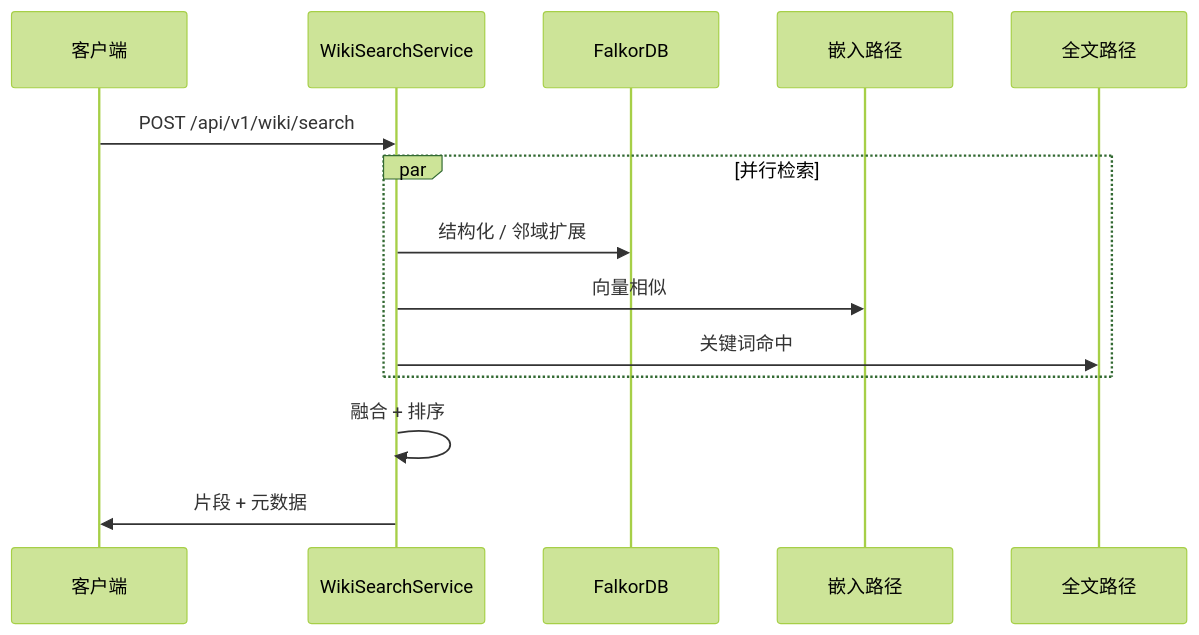
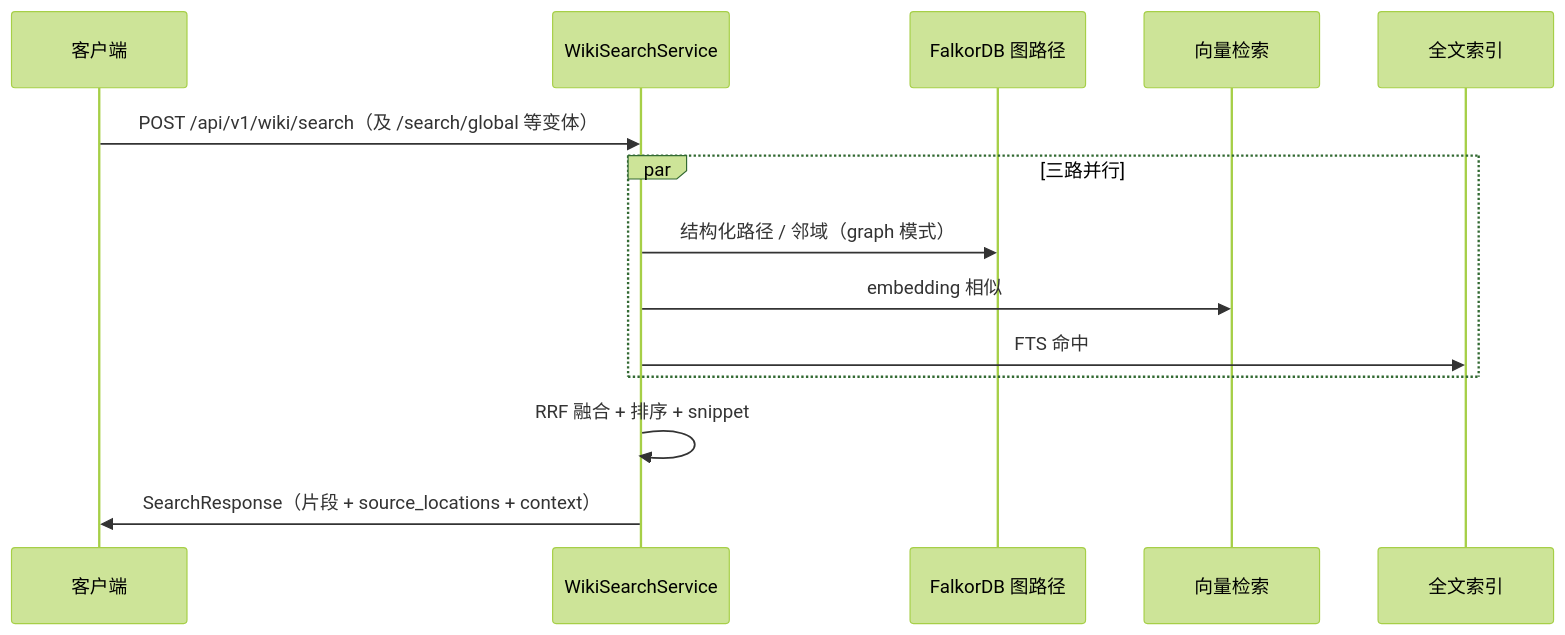
Before and after one commit to EarthChen/knowledge-base-service: the third of 3 diagrams in docs/wiki-generation-architecture.md, drawn with Mermaid (forest theme). The commit also changed other lines of this file and 12 other files, not shown here.

````diff
--- a/docs/wiki-generation-architecture.md
+++ b/docs/wiki-generation-architecture.md
@@ -103,17 +207,17 @@
 ```mermaid
 sequenceDiagram
   participant C as 客户端
   participant S as WikiSearchService
-  participant G as FalkorDB
-  participant Vec as 嵌入路径
-  participant FTS as 全文路径
+  participant G as FalkorDB 图路径
+  participant V as 向量检索
+  participant F as 全文索引
 
-  C->>S: POST /api/v1/wiki/search
-  par 并行检索
-    S->>G: 结构化 / 邻域扩展
-    S->>Vec: 向量相似
-    S->>FTS: 关键词命中
+  C->>S: POST /api/v1/wiki/search（及 /search/global 等变体）
+  par 三路并行
+    S->>G: 结构化路径 / 邻域（graph 模式）
+    S->>V: embedding 相似
+    S->>F: FTS 命中
   end
-  S->>S: 融合 + 排序
-  S->>C: 片段 + 元数据
+  S->>S: RRF 融合 + 排序 + snippet
+  S->>C: SearchResponse（片段 + source_locations + context）
 ```
````
